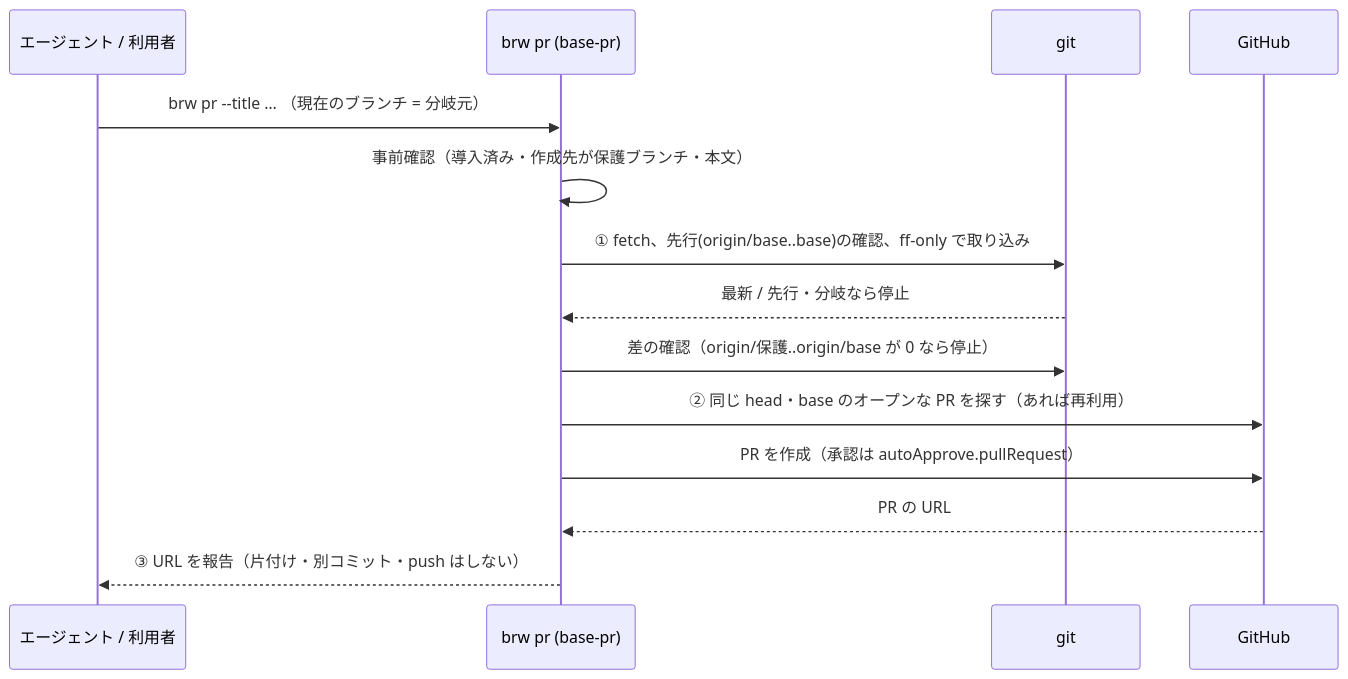
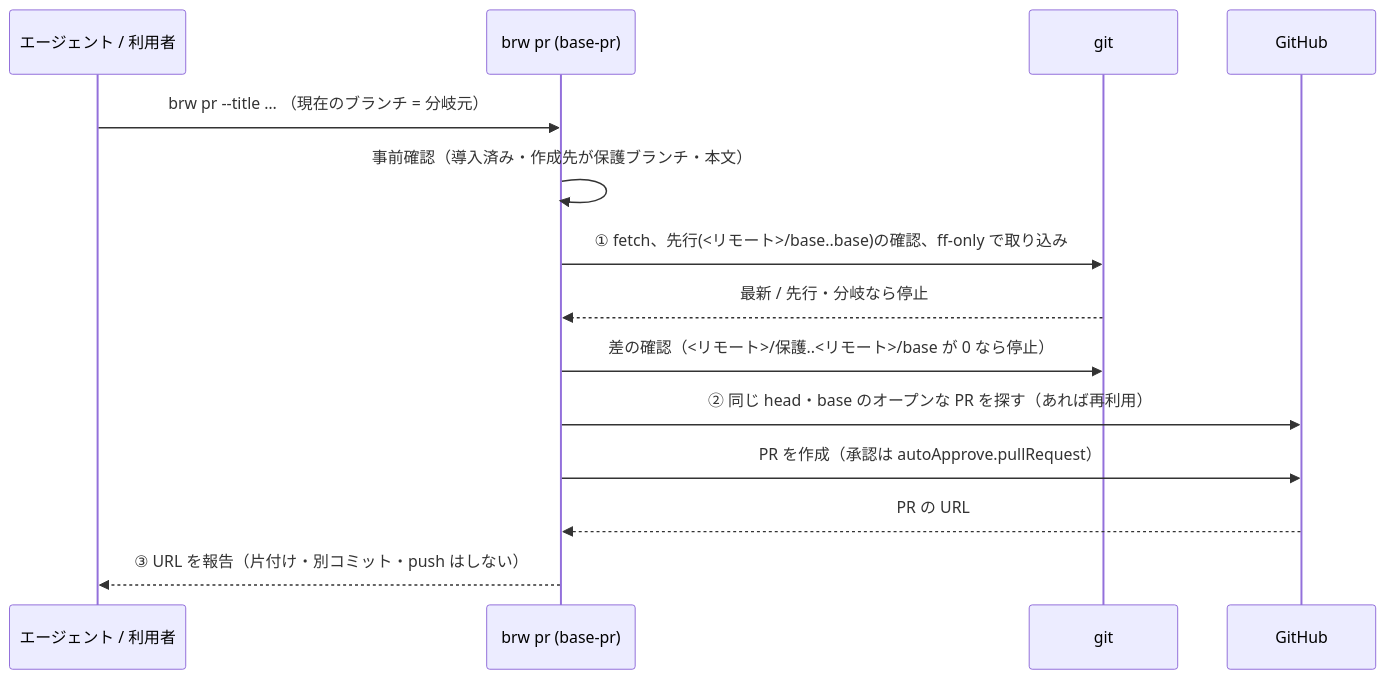
Before and after one commit to nekono-dev/branch-release-workflow: the third of 3 diagrams in .kiro/specs/brw-pr-handoff/design.md, drawn with Mermaid. The commit also changed other lines of this file and 3 other files, not shown here.

````diff
--- a/.kiro/specs/brw-pr-handoff/design.md
+++ b/.kiro/specs/brw-pr-handoff/design.md
@@ -154,16 +154,16 @@
 ```mermaid
 sequenceDiagram
   participant A as エージェント / 利用者
   participant B as brw pr (base-pr)
   participant G as git
   participant H as GitHub
   A->>B: brw pr --title … （現在のブランチ = 分岐元）
   B->>B: 事前確認（導入済み・作成先が保護ブランチ・本文）
-  B->>G: ① fetch、先行(origin/base..base)の確認、ff-only で取り込み
+  B->>G: ① fetch、先行(<リモート>/base..base)の確認、ff-only で取り込み
   G-->>B: 最新 / 先行・分岐なら停止
-  B->>G: 差の確認（origin/保護..origin/base が 0 なら停止）
+  B->>G: 差の確認（<リモート>/保護..<リモート>/base が 0 なら停止）
   B->>H: ② 同じ head・base のオープンな PR を探す（あれば再利用）
   B->>H: PR を作成（承認は autoApprove.pullRequest）
   H-->>B: PR の URL
   B-->>A: ③ URL を報告（片付け・別コミット・push はしない）
 ```
````
